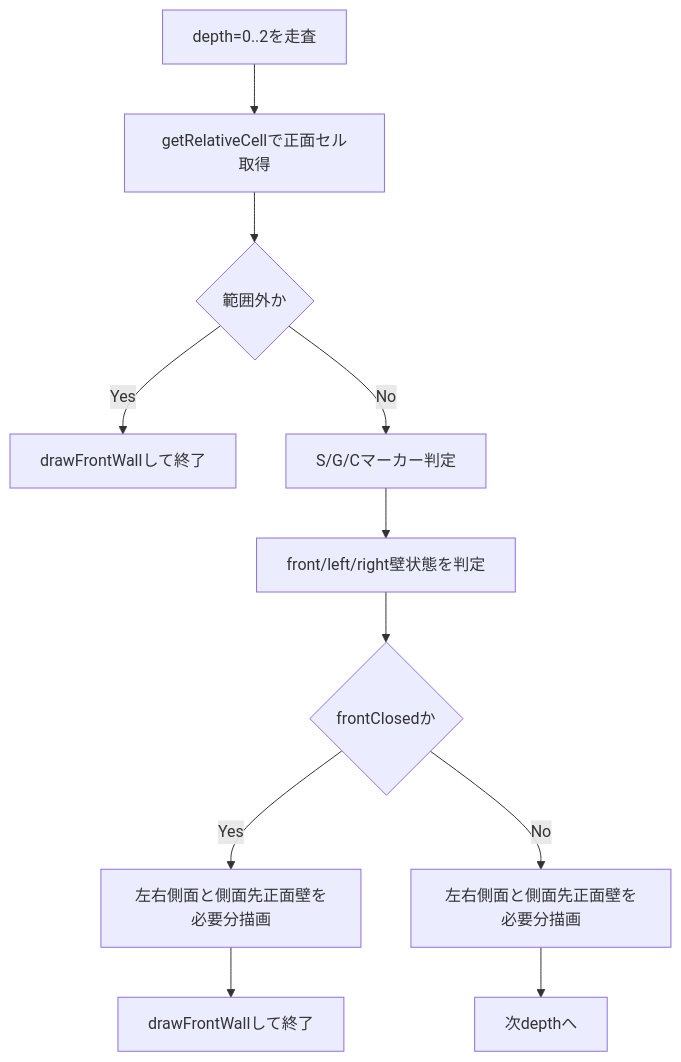
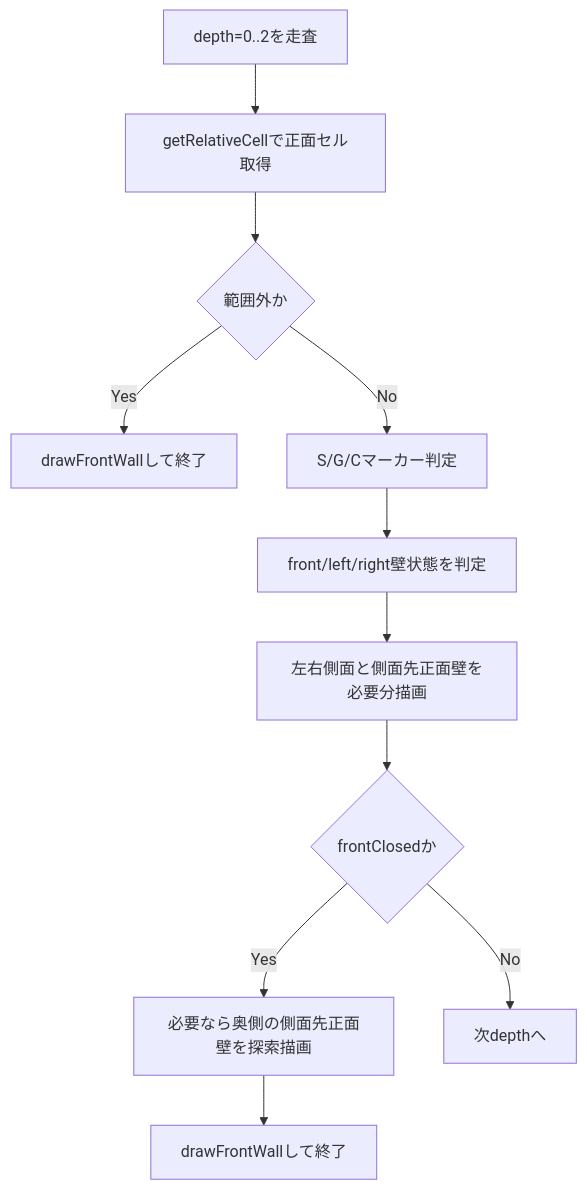
Before and after one commit to hollyteds/maze: the second of 2 diagrams in docs/maze-architecture.md, drawn with Mermaid. The commit also changed other lines of this file and 5 other files, not shown here.

````diff
--- a/docs/maze-architecture.md
+++ b/docs/maze-architecture.md
@@ -63,13 +63,13 @@
 ```mermaid
 flowchart TD
   A[depth=0..2を走査] --> B[getRelativeCellで正面セル取得]
   B --> C{範囲外か}
   C -->|Yes| D[drawFrontWallして終了]
   C -->|No| E[S/G/Cマーカー判定]
   E --> F[front/left/right壁状態を判定]
-  F --> G{frontClosedか}
-  G -->|Yes| H[左右側面と側面先正面壁を必要分描画]
-  H --> I[drawFrontWallして終了]
-  G -->|No| J[左右側面と側面先正面壁を必要分描画]
-  J --> K[次depthへ]
+  F --> G[左右側面と側面先正面壁を必要分描画]
+  G --> H{frontClosedか}
+  H -->|Yes| I[必要なら奥側の側面先正面壁を探索描画]
+  I --> J[drawFrontWallして終了]
+  H -->|No| K[次depthへ]
 ```
````
